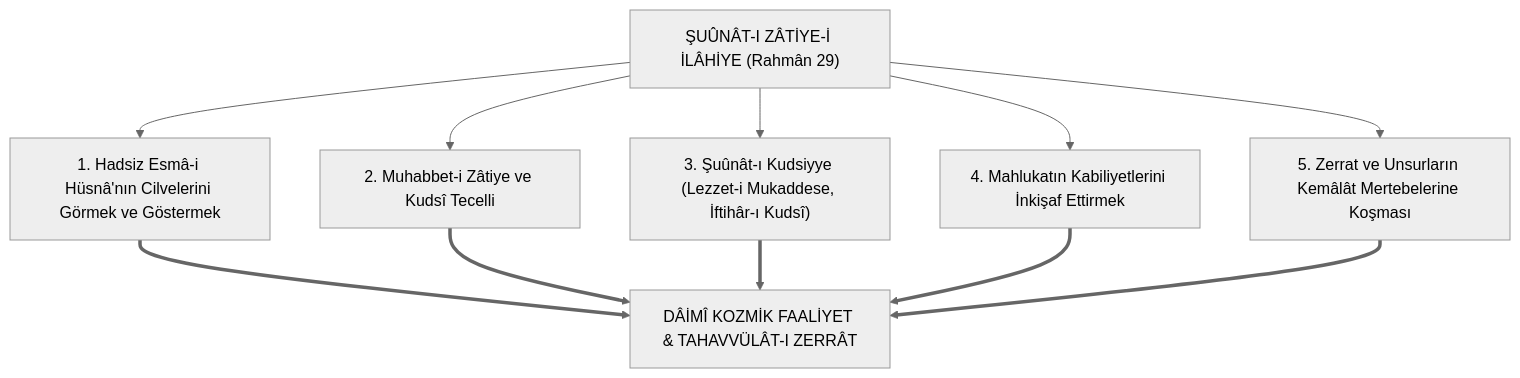
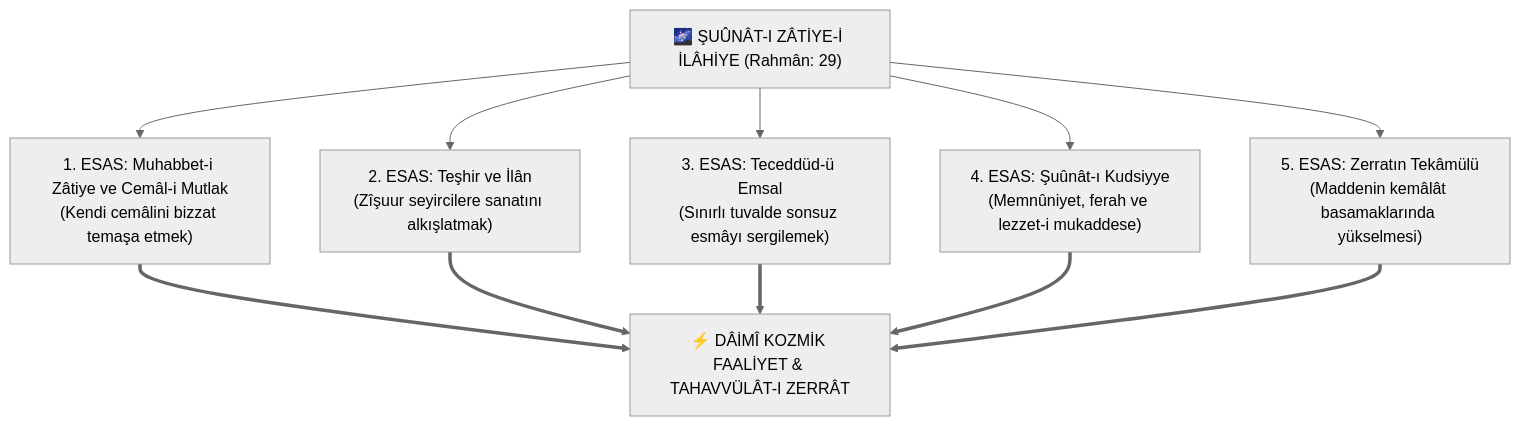
One commit to bahattinyunus/tilsim-i-kainat changed the diagram in docs/suunat-i-ilahiye-ve-faaliyet-i-daime.md. Above: the diagram before and after it, drawn with Mermaid (neutral theme). The commit also changed other lines of this file and 5 other files, not shown here.

````diff
--- a/docs/suunat-i-ilahiye-ve-faaliyet-i-daime.md
+++ b/docs/suunat-i-ilahiye-ve-faaliyet-i-daime.md
@@ -21,12 +21,12 @@
 ```mermaid
 flowchart TD
-    S["ŞUÛNÂT-I ZÂTİYE-İ İLÂHİYE (Rahmân 29)"]
+    S["🌌 ŞUÛNÂT-I ZÂTİYE-İ İLÂHİYE (Rahmân: 29)"]
     
-    S --> H1["1. Hadsiz Esmâ-i Hüsnâ'nın Cilvelerini Görmek ve Göstermek"]
-    S --> H2["2. Muhabbet-i Zâtiye ve Kudsî Tecelli"]
-    S --> H3["3. Şuûnât-ı Kudsiyye (Lezzet-i Mukaddese, İftihâr-ı Kudsî)"]
-    S --> H4["4. Mahlukatın Kabiliyetlerini İnkişaf Ettirmek"]
-    S --> H5["5. Zerrat ve Unsurların Kemâlât Mertebelerine Koşması"]
+    S --> E1["1. ESAS: Muhabbet-i Zâtiye ve Cemâl-i Mutlak<br/>(Kendi cemâlini bizzat temaşa etmek)"]
+    S --> E2["2. ESAS: Teşhir ve İlân<br/>(Zîşuur seyircilere sanatını alkışlatmak)"]
+    S --> E3["3. ESAS: Teceddüd-ü Emsal<br/>(Sınırlı tuvalde sonsuz esmâyı sergilemek)"]
+    S --> E4["4. ESAS: Şuûnât-ı Kudsiyye<br/>(Memnûniyet, ferah ve lezzet-i mukaddese)"]
+    S --> E5["5. ESAS: Zerratın Tekâmülü<br/>(Maddenin kemâlât basamaklarında yükselmesi)"]
     
-    H1 & H2 & H3 & H4 & H5 ==> F["DÂİMÎ KOZMİK FAALİYET & TAHAVVÜLÂT-I ZERRÂT"]
+    E1 & E2 & E3 & E4 & E5 ==> F["⚡ DÂİMÎ KOZMİK FAALİYET & TAHAVVÜLÂT-I ZERRÂT"]
 ```
````
